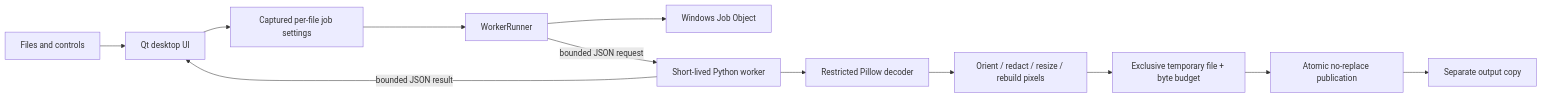
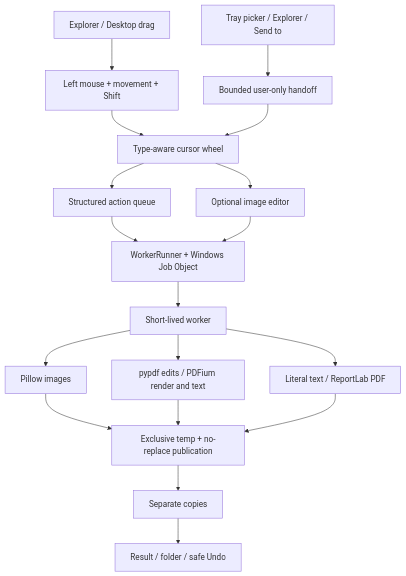
Before and after one commit to shishirrd/bitdeck: the diagram in docs/architecture.md, drawn with Mermaid. The commit also changed other lines of this file and 28 other files, not shown here.

Commit message:
Restore cursor-first workflow and add PDF and text actions

````diff
--- a/docs/architecture.md
+++ b/docs/architecture.md
@@ -3,14 +3,20 @@
 ```mermaid
-flowchart LR
-    User[Files and controls] --> UI[Qt desktop UI]
-    UI --> Queue[Captured per-file job settings]
-    Queue --> Controller[WorkerRunner]
-    Controller --> Limits[Windows Job Object]
-    Controller -->|bounded JSON request| Worker[Short-lived Python worker]
-    Worker --> Decode[Restricted Pillow decoder]
-    Decode --> Pixels[Orient / redact / resize / rebuild pixels]
-    Pixels --> Temp[Exclusive temporary file + byte budget]
-    Temp --> Publish[Atomic no-replace publication]
-    Publish --> Output[Separate output copy]
-    Worker -->|bounded JSON result| UI
+flowchart TD
+    Explorer[Explorer / Desktop drag] --> Trigger[Left mouse + movement + Shift]
+    Trigger --> Wheel[Type-aware cursor wheel]
+    Files[Tray picker / Explorer / Send to] --> Handoff[Bounded user-only handoff]
+    Handoff --> Wheel
+    Wheel --> Queue[Structured action queue]
+    Wheel --> Editor[Optional image editor]
+    Queue --> Controller[WorkerRunner + Windows Job Object]
+    Editor --> Controller
+    Controller --> Worker[Short-lived worker]
+    Worker --> Images[Pillow images]
+    Worker --> PDF[pypdf edits / PDFium render and text]
+    Worker --> Text[Literal text / ReportLab PDF]
+    Images --> Publish[Exclusive temp + no-replace publication]
+    PDF --> Publish
+    Text --> Publish
+    Publish --> Outputs[Separate copies]
+    Outputs --> Card[Result / folder / safe Undo]
 ```
````
